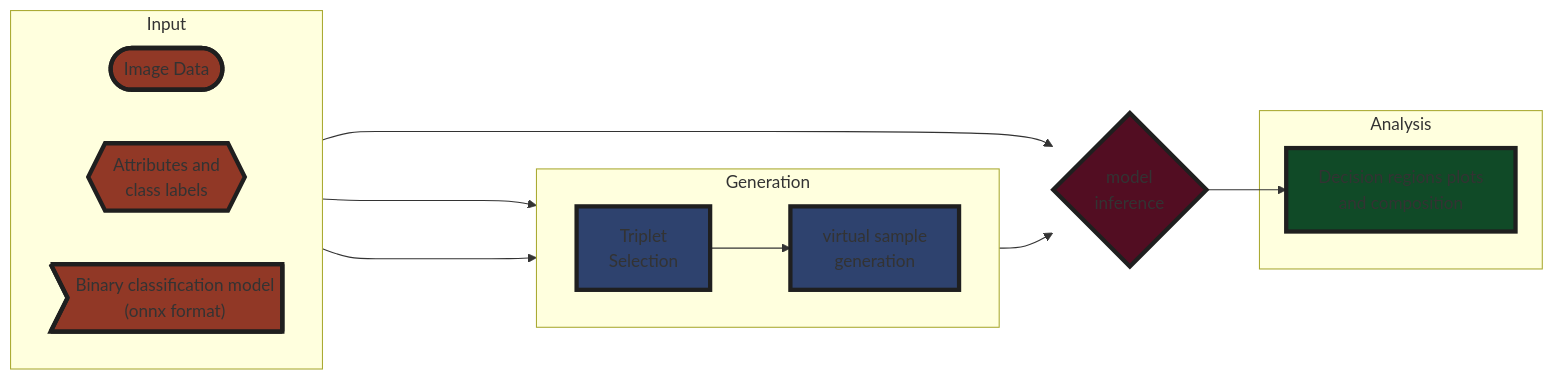
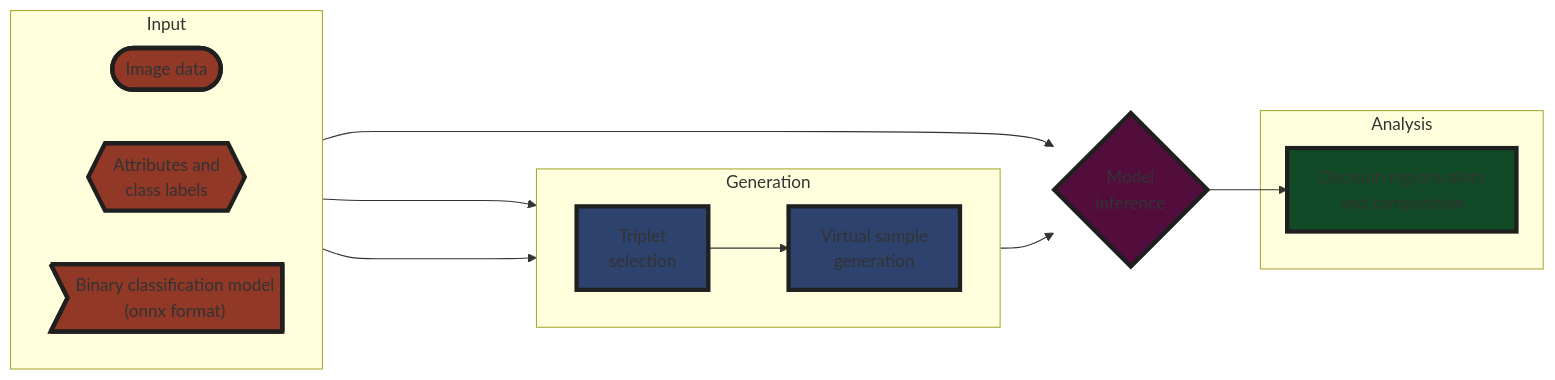
Before and after one commit to DIDSR/DRAGen: the diagram in README.md, drawn with Mermaid.

Commit message:
Update README.md
Consistent capitalization in the mermaid diagram

````diff
--- a/README.md
+++ b/README.md
@@ -5,33 +5,33 @@
 ```mermaid
 graph LR;
   A -----> E --> F
   B --> D --> E
   C ----> F --> G
 
   style A fill:#913826,stroke:#1f1f1f,stroke-width:4px
   style B fill:#913826,stroke:#1f1f1f,stroke-width:4px
   style C fill:#913826,stroke:#1f1f1f,stroke-width:4px
   subgraph 1 [Input]
     direction LR
-    A(["Image Data"])
+    A(["Image data"])
     B{{"Attributes and\nclass labels"}}
     C>"Binary classification model\n(onnx format)"]
   end
 
   style D fill:#2e426e,stroke:#1f1f1f,stroke-width:4px
   style E fill:#2e426e,stroke:#1f1f1f,stroke-width:4px
   subgraph 2 [Generation]
     direction LR
 
-    D["Triplet\nSelection"]
-    E["virtual sample\ngeneration"]
+    D["Triplet\nselection"]
+    E["Virtual sample\ngeneration"]
     
   end
-  style F fill:#520d22,stroke:#1f1f1f,stroke-width:4px
-  F{"model\ninference"}
+  style F fill:#520d3d,stroke:#1f1f1f,stroke-width:4px
+  F{"Model\ninference"}
 
   style G fill:#104a27,stroke:#1f1f1f,stroke-width:4px
   subgraph 3 [Analysis]
     G["Decision regions plots\nand composition"]
   end
 ```
````
